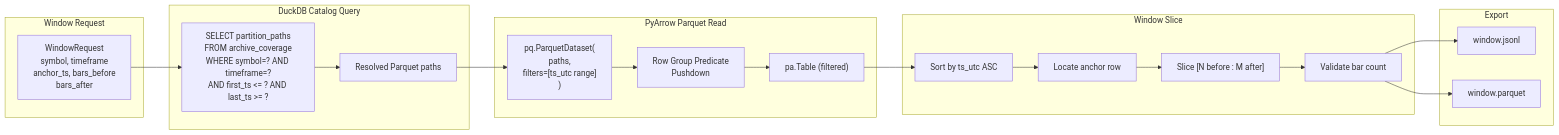
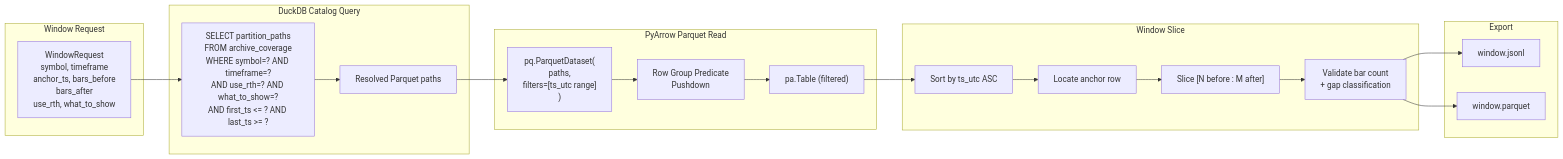
The second of 2 diagrams in docs/requirements/MDRT/01-architecture.md (PirogovClub/tim-class-pass), drawn with Mermaid before and after one commit. The commit also changed other lines of this file and 29 other files, not shown here.

Commit message:
feat: initialize MDRT documentation suite including architecture, core pipeline, and implementation task specifications.

````diff
--- a/docs/requirements/MDRT/01-architecture.md
+++ b/docs/requirements/MDRT/01-architecture.md
@@ -85,33 +104,33 @@
 ```mermaid
 flowchart LR
     subgraph REQ["Window Request"]
-        WR["WindowRequest\nsymbol, timeframe\nanchor_ts, bars_before\nbars_after"]
+        WR["WindowRequest\nsymbol, timeframe\nanchor_ts, bars_before\nbars_after\nuse_rth, what_to_show"]
     end
 
     subgraph CATALOG["DuckDB Catalog Query"]
-        Q["SELECT partition_paths\nFROM archive_coverage\nWHERE symbol=? AND timeframe=?\nAND first_ts <= ? AND last_ts >= ?"]
+        Q["SELECT partition_paths\nFROM archive_coverage\nWHERE symbol=? AND timeframe=?\nAND use_rth=? AND what_to_show=?\nAND first_ts <= ? AND last_ts >= ?"]
         PATHS["Resolved Parquet paths"]
     end
 
     subgraph PYARROW["PyArrow Parquet Read"]
         DS["pq.ParquetDataset(\n  paths,\n  filters=[ts_utc range]\n)"]
         RG["Row Group Predicate\nPushdown"]
         TBL["pa.Table (filtered)"]
     end
 
     subgraph SLICE["Window Slice"]
         SORT["Sort by ts_utc ASC"]
         FIND["Locate anchor row"]
         CUT["Slice [N before : M after]"]
-        CHK["Validate bar count"]
+        CHK["Validate bar count\n+ gap classification"]
     end
 
     subgraph EXPORT["Export"]
         JSONL["window.jsonl"]
         PARQ["window.parquet"]
     end
 
     WR --> Q --> PATHS --> DS --> RG --> TBL
     TBL --> SORT --> FIND --> CUT --> CHK
     CHK --> JSONL & PARQ
 ```
````
